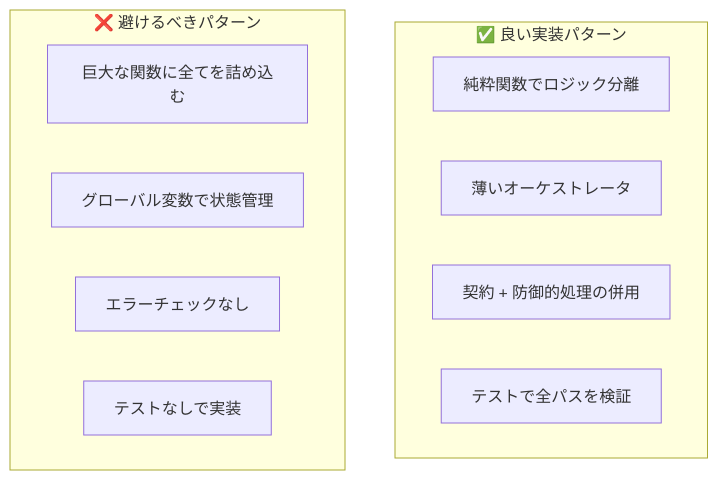
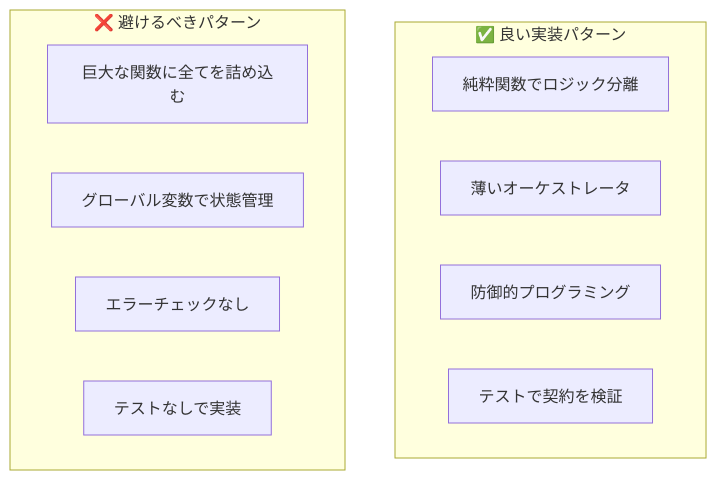
Before and after one commit to MeuNari0621/TeachingEmbC: the second of 3 diagrams in docs/md/16_implementation.md, drawn with Mermaid. The commit also changed other lines of this file and 7 other files, not shown here.

````diff
--- a/docs/md/16_implementation.md
+++ b/docs/md/16_implementation.md
@@ -73,15 +89,15 @@
 ```mermaid
 flowchart TD
     subgraph GOOD["✅ 良い実装パターン"]
         G1["純粋関数でロジック分離"]
         G2["薄いオーケストレータ"]
-        G3["契約 + 防御的処理の併用"]
-        G4["テストで全パスを検証"]
+        G3["防御的プログラミング"]
+        G4["テストで契約を検証"]
     end
     subgraph BAD["❌ 避けるべきパターン"]
         B1["巨大な関数に全てを詰め込む"]
         B2["グローバル変数で状態管理"]
         B3["エラーチェックなし"]
         B4["テストなしで実装"]
     end
 ```
````
